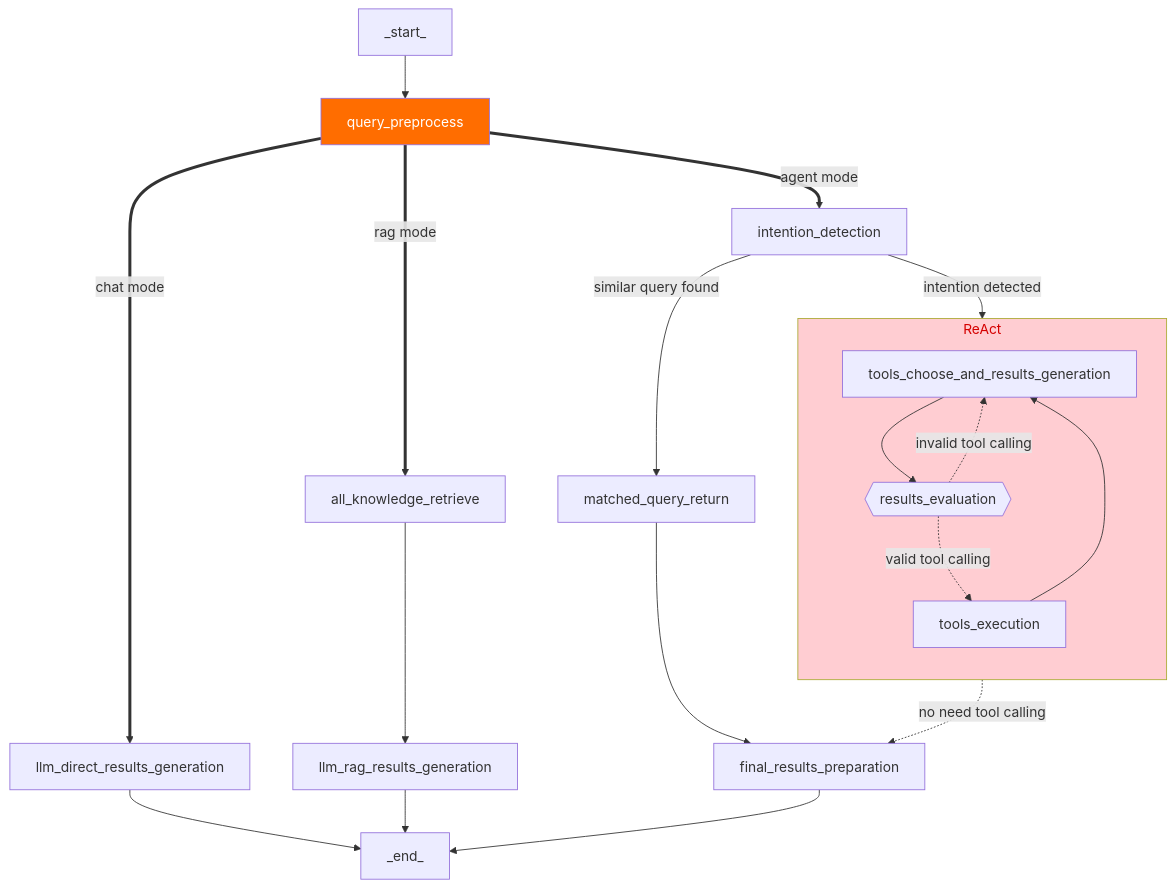
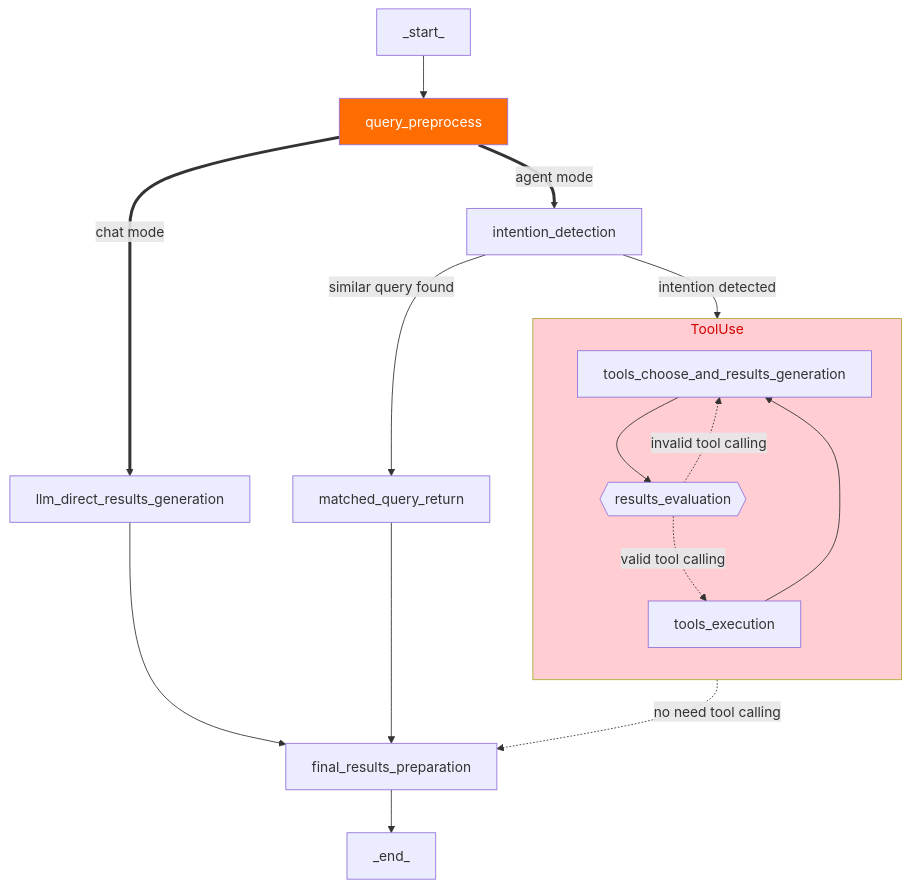
Before and after one commit to aws-samples/Intelli-Agent: the diagram in README.md, drawn with Mermaid. The commit also changed other lines of this file, not shown here.

Commit message:
update mermaid to latest lambda online logic

````diff
--- a/README.md
+++ b/README.md
@@ -134,37 +132,32 @@
 ```mermaid
 flowchart TD
- subgraph ReAct["ReAct"]
+ subgraph ToolUse["ToolUse"]
     direction TB
         tools_choose_and_results_generation["tools_choose_and_results_generation"]
         results_evaluation{{"results_evaluation"}}
         tools_execution["tools_execution"]
   end
     _start_["_start_"] --> query_preprocess["query_preprocess"]
     query_preprocess == chat mode ==> llm_direct_results_generation["llm_direct_results_generation"]
-    query_preprocess == rag mode ==> all_knowledge_retrieve["all_knowledge_retrieve"]
     query_preprocess == agent mode ==> intention_detection["intention_detection"]
-    all_knowledge_retrieve --> llm_rag_results_generation["llm_rag_results_generation"]
     intention_detection -- similar query found --> matched_query_return["matched_query_return"]
     intention_detection -- intention detected --> tools_choose_and_results_generation
     tools_choose_and_results_generation --> results_evaluation
     results_evaluation -. invalid tool calling .-> tools_choose_and_results_generation
     results_evaluation -. valid tool calling .-> tools_execution
     results_evaluation -. no need tool calling .-> final_results_preparation["final_results_preparation"]
     tools_execution --> tools_choose_and_results_generation
-    llm_direct_results_generation --> _end_["_end_"]
-    llm_rag_results_generation --> _end_
+    llm_direct_results_generation --> final_results_preparation["final_results_preparation"]
     matched_query_return --> final_results_preparation
     final_results_preparation --> _end_
      tools_choose_and_results_generation:::process
      results_evaluation:::process
      tools_execution:::process
      query_preprocess:::process
      llm_direct_results_generation:::process
-     all_knowledge_retrieve:::process
      intention_detection:::process
-     llm_rag_results_generation:::process
      matched_query_return:::process
      final_results_preparation:::process
     style query_preprocess fill:#FF6D00,color:#FFFFFF
-    style ReAct fill:#FFCDD2,color:#D50000
+    style ToolUse fill:#FFCDD2,color:#D50000
 ```
````
